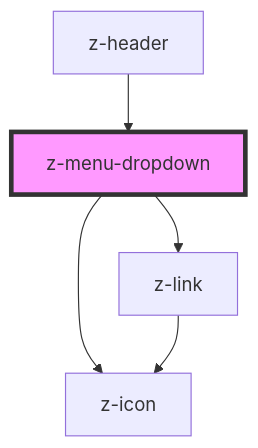
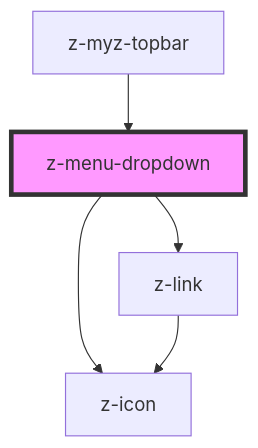
One commit to ZanichelliEditore/design-system changed the diagram in src/components/navigation/z-menu-dropdown/readme.md. Above: the diagram before and after it, drawn with Mermaid. The commit also changed other lines of this file and 14 other files, not shown here.

````diff
--- a/src/components/navigation/z-menu-dropdown/readme.md
+++ b/src/components/navigation/z-menu-dropdown/readme.md
@@ -33,8 +33,8 @@
 ```mermaid
 graph TD;
   z-menu-dropdown --> z-link
   z-menu-dropdown --> z-icon
   z-link --> z-icon
-  z-header --> z-menu-dropdown
+  z-myz-topbar --> z-menu-dropdown
   style z-menu-dropdown fill:#f9f,stroke:#333,stroke-width:4px
 ```
````
